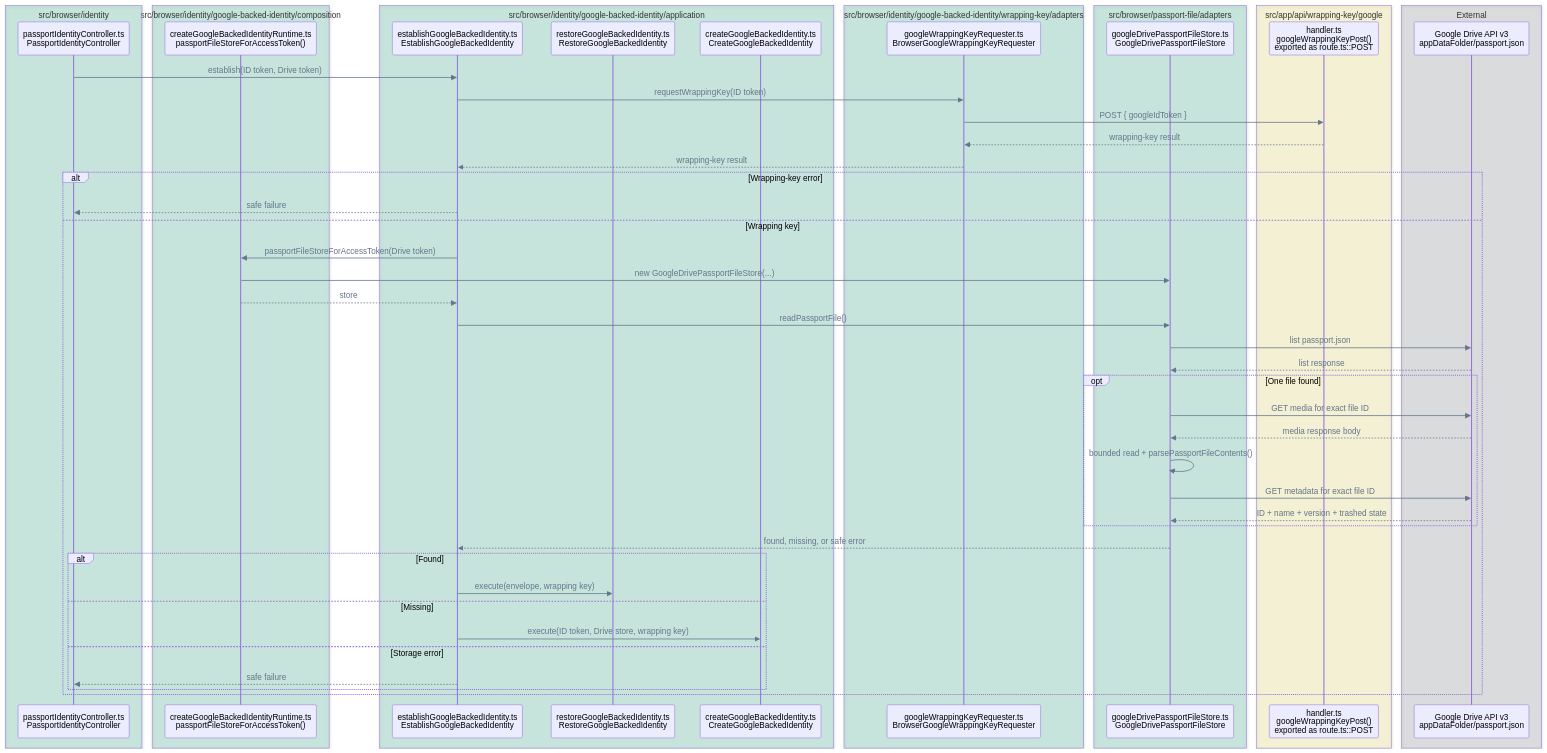
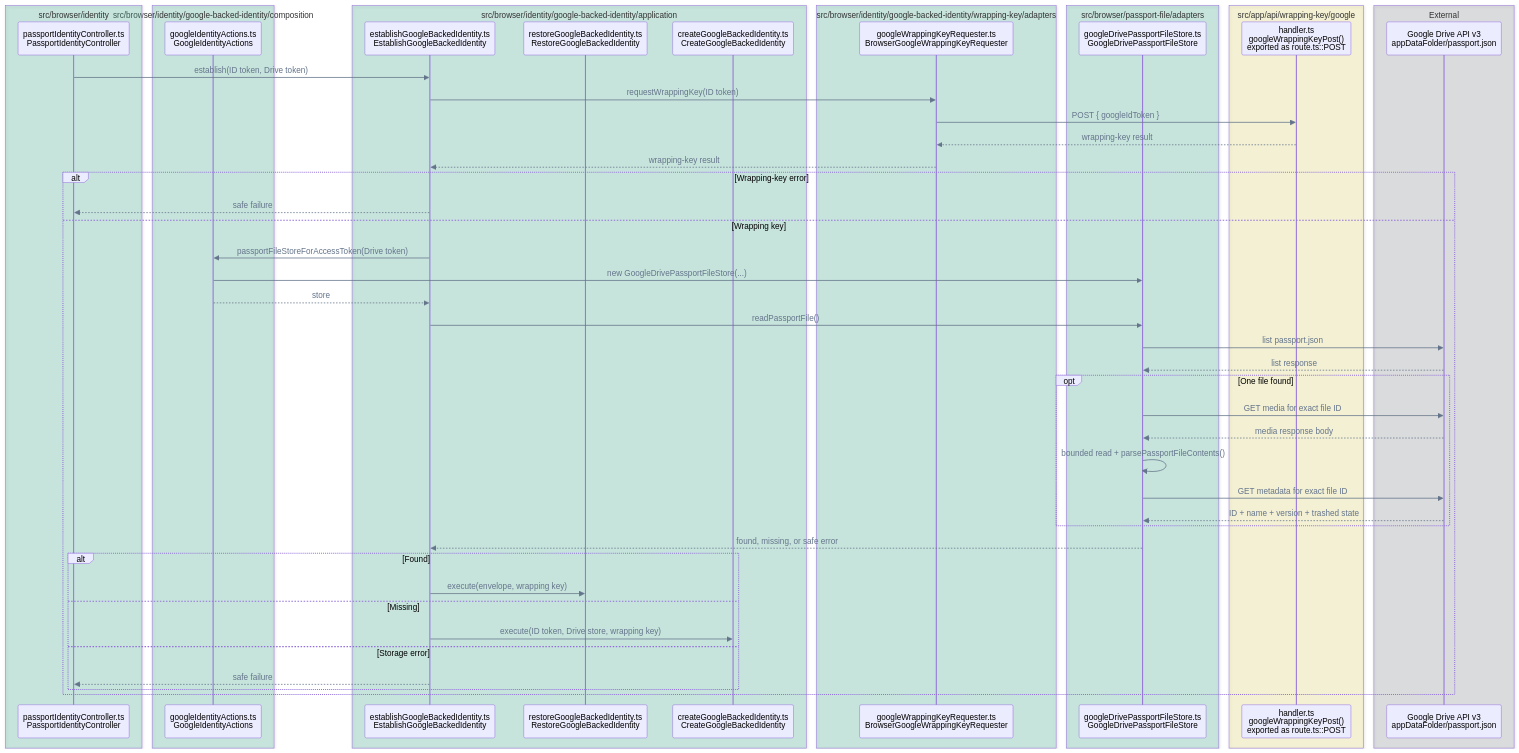
The eighth of 14 diagrams in FLOWS.md (pubky/pubky-passport), drawn with Mermaid before and after one commit. The commit also changed other lines of this file and 8 other files, not shown here.

Commit message:
refactor: replace GoogleBackedIdentityRuntime with GoogleIdentityActions and update related components

````diff
--- a/FLOWS.md
+++ b/FLOWS.md
@@ -377,60 +377,60 @@
 ```mermaid
 %%{init: {"themeVariables": {"signalColor": "#64748B", "signalTextColor": "#64748B"}}}%%
 sequenceDiagram
     accTitle: Google-backed identity establishment call flow
     accDescr: The coordinator requests a wrapping key, reads the encrypted Drive file, and dispatches to restore or create without passing wrapping material to Drive storage.
     box rgba(0, 158, 115, 0.18) src/browser/identity
         participant Controller as passportIdentityController.ts<br/>PassportIdentityController
     end
     box rgba(0, 158, 115, 0.18) src/browser/identity/google-backed-identity/composition
-        participant DriveFactory as createGoogleBackedIdentityRuntime.ts<br/>passportFileStoreForAccessToken()
+        participant Actions as googleIdentityActions.ts<br/>GoogleIdentityActions
     end
     box rgba(0, 158, 115, 0.18) src/browser/identity/google-backed-identity/application
         participant Establish as establishGoogleBackedIdentity.ts<br/>EstablishGoogleBackedIdentity
         participant Restore as restoreGoogleBackedIdentity.ts<br/>RestoreGoogleBackedIdentity
         participant Creator as createGoogleBackedIdentity.ts<br/>CreateGoogleBackedIdentity
     end
     box rgba(0, 158, 115, 0.18) src/browser/identity/google-backed-identity/wrapping-key/adapters
         participant Wrapping as googleWrappingKeyRequester.ts<br/>BrowserGoogleWrappingKeyRequester
     end
     box rgba(0, 158, 115, 0.18) src/browser/passport-file/adapters
         participant DriveStore as googleDrivePassportFileStore.ts<br/>GoogleDrivePassportFileStore
     end
     box rgba(240, 228, 66, 0.18) src/app/api/wrapping-key/google
         participant API as handler.ts<br/>googleWrappingKeyPost()<br/>exported as route.ts::POST
     end
     box rgba(17, 24, 39, 0.12) External
         participant Drive as Google Drive API v3<br/>appDataFolder/passport.json
     end
 
     Controller->>Establish: establish(ID token, Drive token)
     Establish->>Wrapping: requestWrappingKey(ID token)
     Wrapping->>API: POST { googleIdToken }
     API-->>Wrapping: wrapping-key result
     Wrapping-->>Establish: wrapping-key result
     alt Wrapping-key error
         Establish-->>Controller: safe failure
     else Wrapping key
-        Establish->>DriveFactory: passportFileStoreForAccessToken(Drive token)
-        DriveFactory->>DriveStore: new GoogleDrivePassportFileStore(...)
-        DriveFactory-->>Establish: store
+        Establish->>Actions: passportFileStoreForAccessToken(Drive token)
+        Actions->>DriveStore: new GoogleDrivePassportFileStore(...)
+        Actions-->>Establish: store
         Establish->>DriveStore: readPassportFile()
         DriveStore->>Drive: list passport.json
         Drive-->>DriveStore: list response
         opt One file found
             DriveStore->>Drive: GET media for exact file ID
             Drive-->>DriveStore: media response body
             DriveStore->>DriveStore: bounded read + parsePassportFileContents()
             DriveStore->>Drive: GET metadata for exact file ID
             Drive-->>DriveStore: ID + name + version + trashed state
         end
         DriveStore-->>Establish: found, missing, or safe error
         alt Found
             Establish->>Restore: execute(envelope, wrapping key)
         else Missing
             Establish->>Creator: execute(ID token, Drive store, wrapping key)
         else Storage error
             Establish-->>Controller: safe failure
         end
     end
 ```
````
